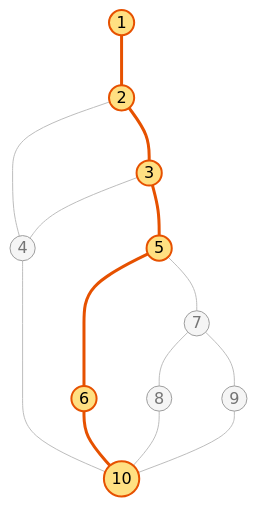
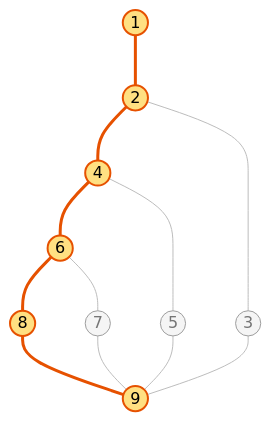
Before and after one commit to bloedige/itdb_ctf: the fourth of 5 diagrams in tests/docs/caja_blanca_04_verificar_credenciales.md, drawn with Mermaid. The commit also changed other lines of this file and 47 other files, not shown here.

````diff
--- a/tests/docs/caja_blanca_04_verificar_credenciales.md
+++ b/tests/docs/caja_blanca_04_verificar_credenciales.md
@@ -137,21 +135,19 @@
 ```mermaid
 graph TD
     n1((1)) --- n2((2))
     n2 --- n4((4))
-    n4 --- n10((10))
+    n4 --- n6((6))
+    n6 --- n8((8))
+    n8 --- n9((9))
+    n6 --- n7((7))
+    n7 --- n9
+    n4 --- n5((5))
+    n5 --- n9
     n2 --- n3((3))
-    n3 --- n4
-    n3 --- n5((5))
-    n5 --- n6((6))
-    n6 --- n10
-    n5 --- n7((7))
-    n7 --- n8((8))
-    n8 --- n10
-    n7 --- n9((9))
-    n9 --- n10
+    n3 --- n9
     classDef default fill:#f5f5f5,stroke:#9e9e9e,color:#757575
     classDef camino fill:#ffe082,stroke:#e65100,stroke-width:2px,color:#000
-    class n1,n2,n3,n5,n6,n10 camino
+    class n1,n2,n4,n6,n8,n9 camino
     linkStyle default stroke:#bdbdbd,stroke-width:1px
-    linkStyle 0,3,5,6,7 stroke:#e65100,stroke-width:3px
+    linkStyle 0,1,2,3,4 stroke:#e65100,stroke-width:3px
 ```
````
